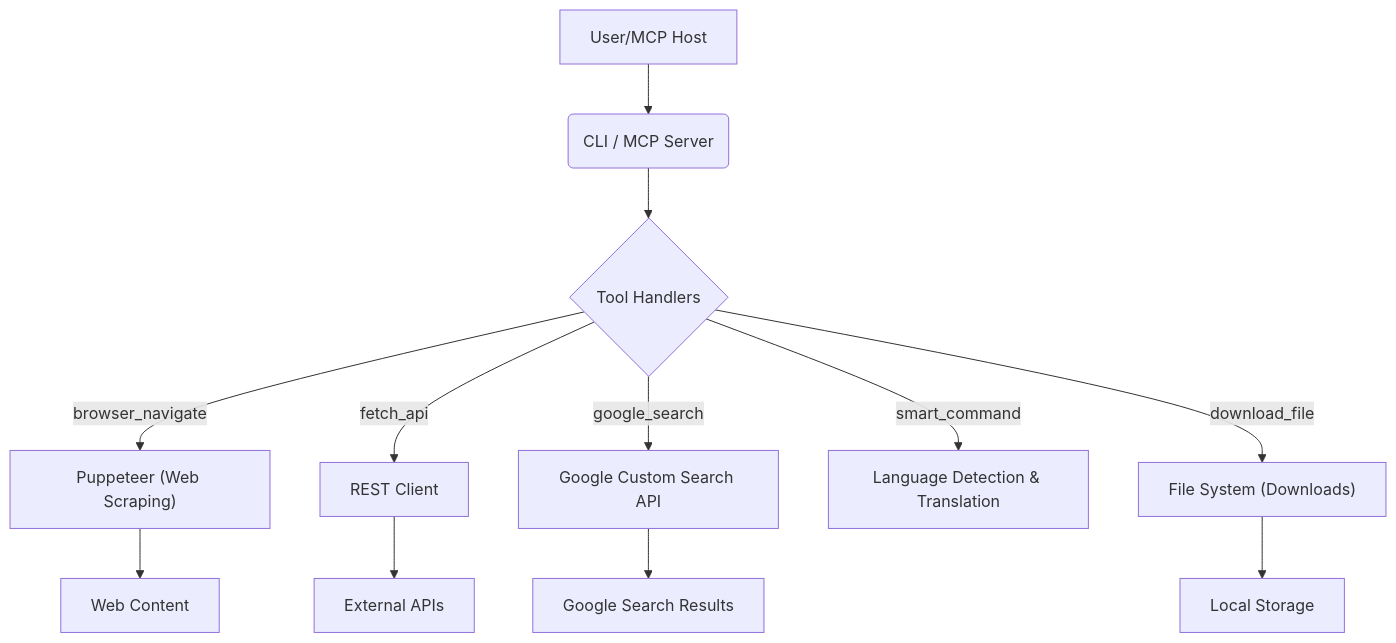
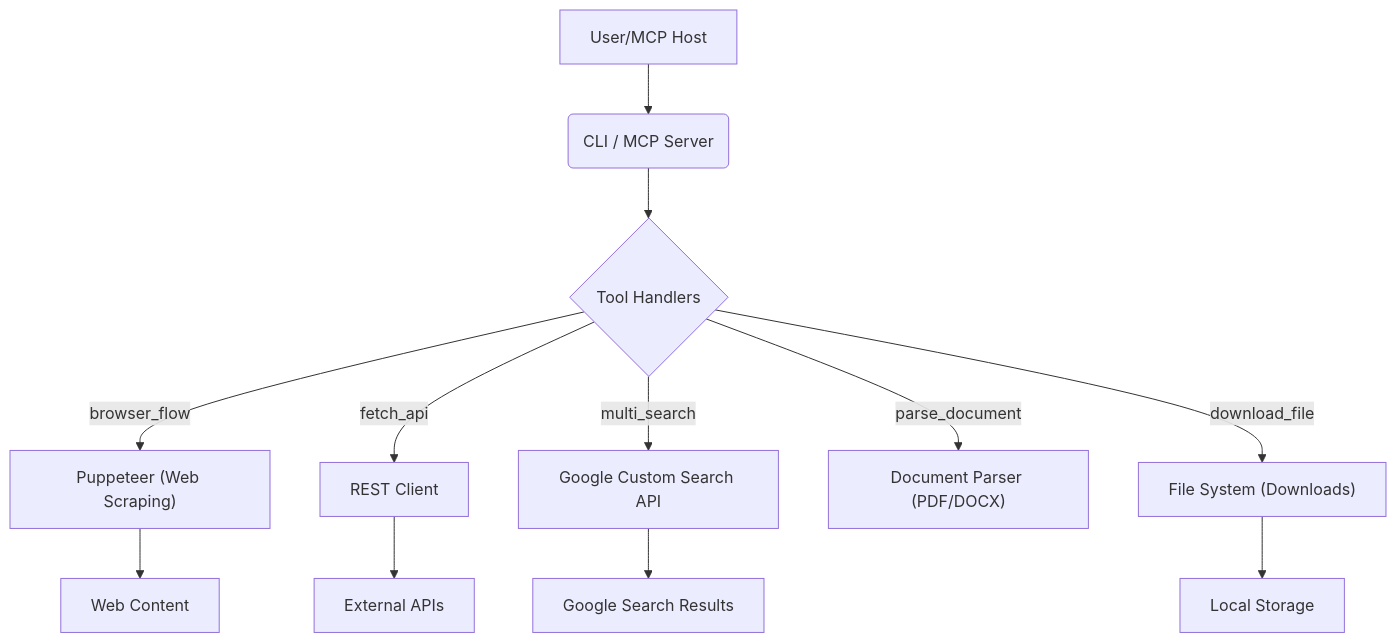
One commit to rayss868/MCP-Web-Curl changed the diagram in README.md. Above: the diagram before and after it, drawn with Mermaid. The commit also changed other lines of this file and 2 other files, not shown here.

````diff
--- a/README.md
+++ b/README.md
@@ -145,14 +142,14 @@
 ```mermaid
 graph TD
     A[User/MCP Host] --> B(CLI / MCP Server)
     B --> C{Tool Handlers}
-    C -- browser_navigate --> D["Puppeteer (Web Scraping)"]
+    C -- browser_flow --> D["Puppeteer (Web Scraping)"]
     C -- fetch_api --> E["REST Client"]
-    C -- google_search --> F["Google Custom Search API"]
-    C -- smart_command --> G["Language Detection & Translation"]
+    C -- multi_search --> F["Google Custom Search API"]
+    C -- parse_document --> G["Document Parser (PDF/DOCX)"]
     C -- download_file --> H["File System (Downloads)"]
     D --> I["Web Content"]
     E --> J["External APIs"]
     F --> K["Google Search Results"]
     H --> L["Local Storage"]
 ```
````
